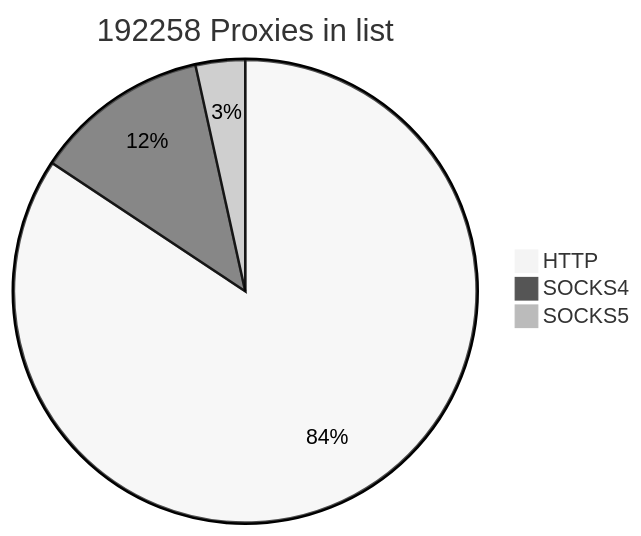
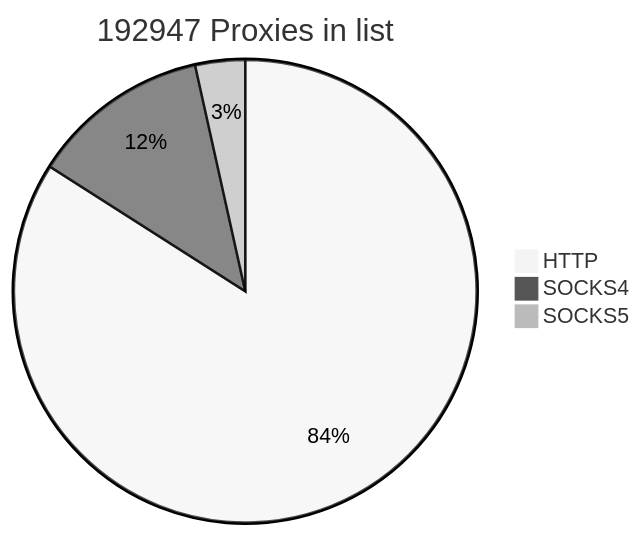
The first of 2 diagrams in README.md (cutipu/proxylist), drawn with Mermaid (neutral theme) before and after one commit. The commit also changed other lines of this file, not shown here.

````diff
--- a/README.md
+++ b/README.md
@@ -2,7 +2,7 @@
 ```mermaid
-pie title 192258 Proxies in list
-    "HTTP" : 162129
-    "SOCKS4" : 23494
-    "SOCKS5" : 6635
+pie title 192947 Proxies in list
+    "HTTP" : 162150
+    "SOCKS4" : 24084
+    "SOCKS5" : 6713
             
 ```
````
